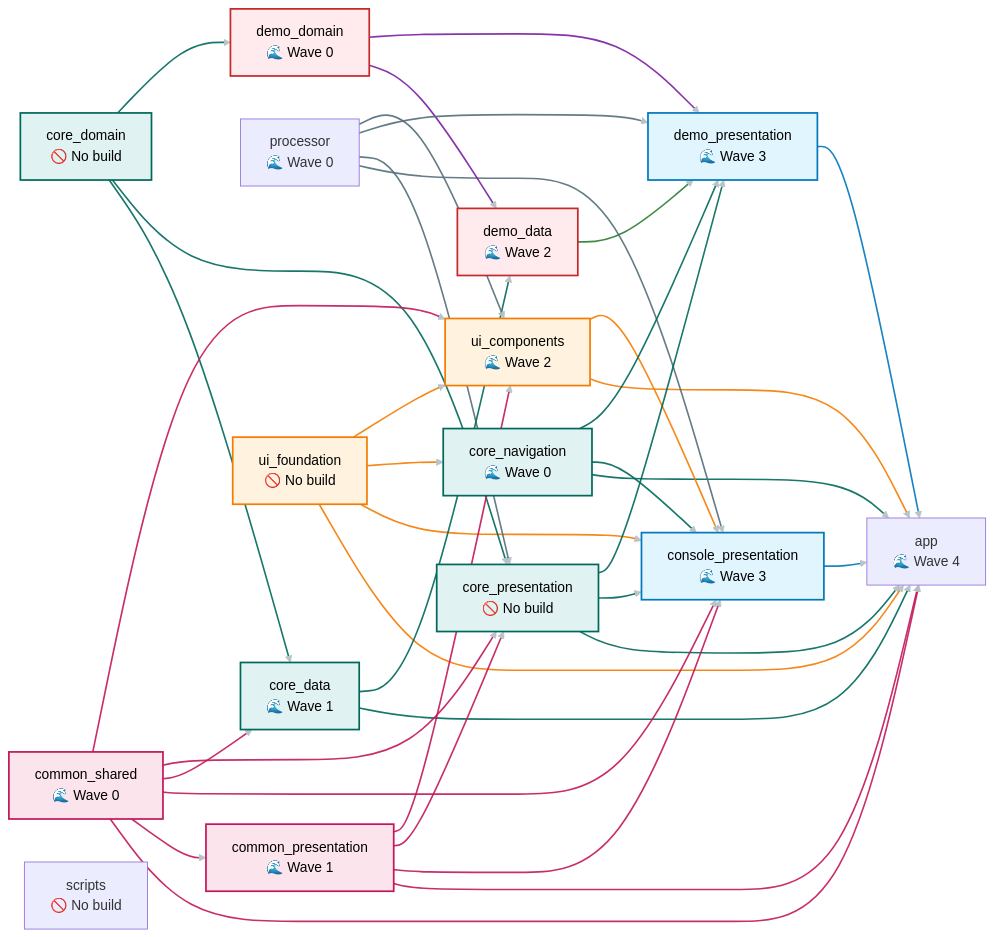
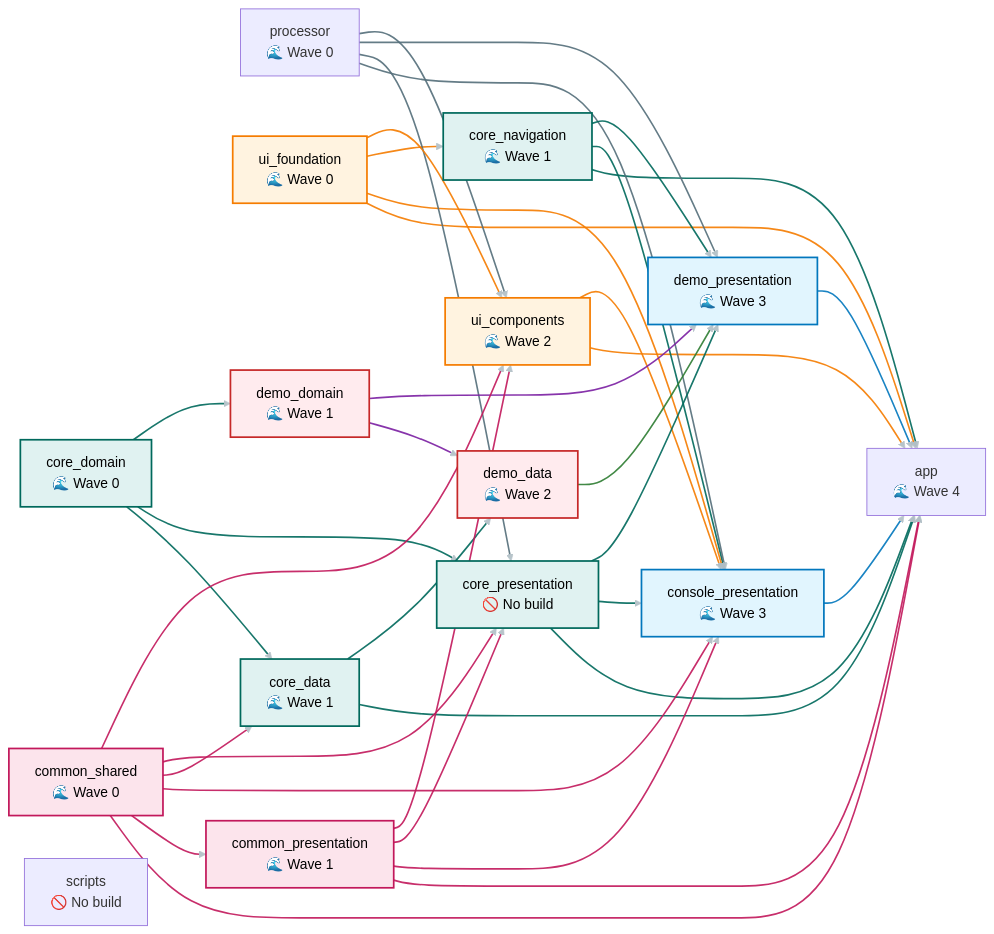
Before and after one commit to hhumbetovv/fullstack-template: the diagram in flutter/build_graph.md, drawn with Mermaid. The commit also changed other lines of this file and 4 other files, not shown here.

```diff
--- a/flutter/build_graph.md
+++ b/flutter/build_graph.md
@@ -7,21 +7,27 @@
     common_shared["common_shared
 🌊 Wave 0"]
     common_shared:::common
-    core_navigation["core_navigation
+    core_domain["core_domain
 🌊 Wave 0"]
-    core_navigation:::core
-    demo_domain["demo_domain
-🌊 Wave 0"]
-    demo_domain:::domain
-    class demo_domain unused;
+    core_domain:::core
     processor["processor
 🌊 Wave 0"]
+    ui_foundation["ui_foundation
+🌊 Wave 0"]
+    ui_foundation:::ui
     common_presentation["common_presentation
 🌊 Wave 1"]
     common_presentation:::common
     core_data["core_data
 🌊 Wave 1"]
     core_data:::core
+    core_navigation["core_navigation
+🌊 Wave 1"]
+    core_navigation:::core
+    demo_domain["demo_domain
+🌊 Wave 1"]
+    demo_domain:::domain
+    class demo_domain unused;
     demo_data["demo_data
 🌊 Wave 2"]
     demo_data:::data
@@ -37,17 +43,11 @@
     demo_presentation:::presentation
     app["app
 🌊 Wave 4"]
-    core_domain["core_domain
-🚫 No build"]
-    core_domain:::core
     core_presentation["core_presentation
 🚫 No build"]
     core_presentation:::core
     scripts["scripts
 🚫 No build"]
-    ui_foundation["ui_foundation
-🚫 No build"]
-    ui_foundation:::ui
 
     %% Edge colours follow the target module category
     linkStyle default stroke:#b0bec5,stroke-width:1,opacity:0.35
```
